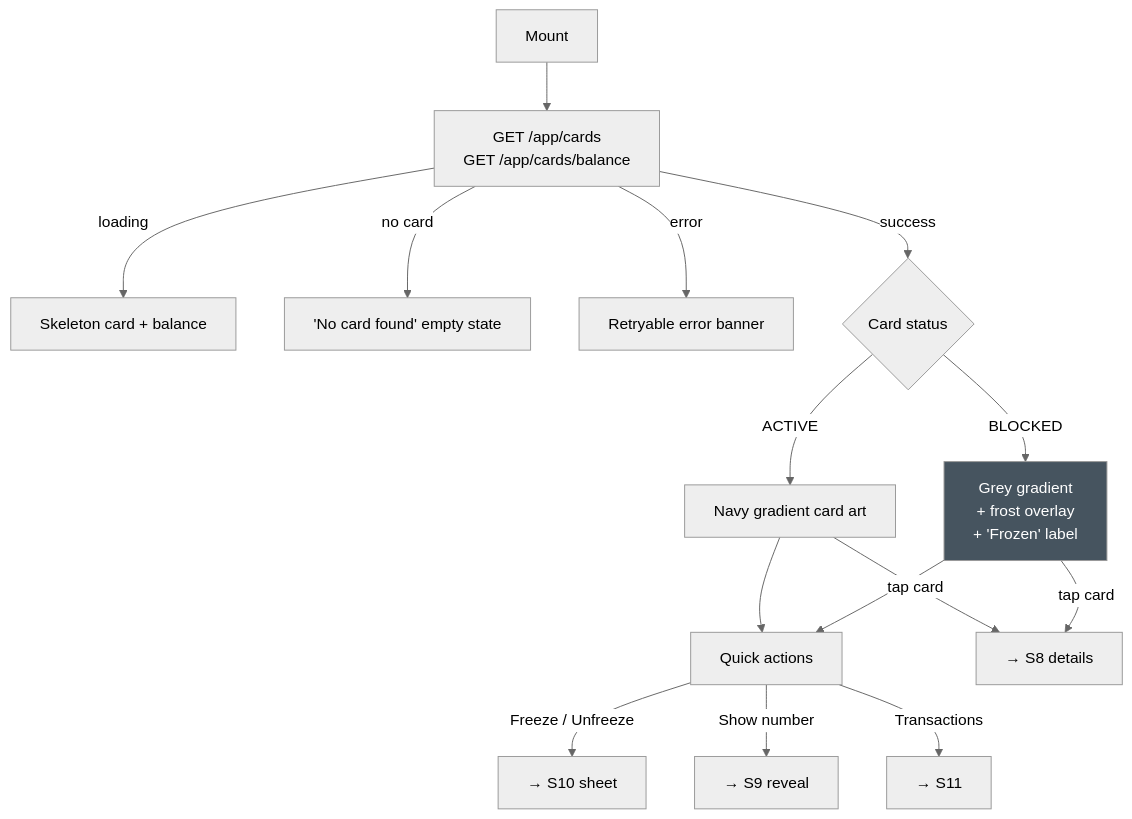
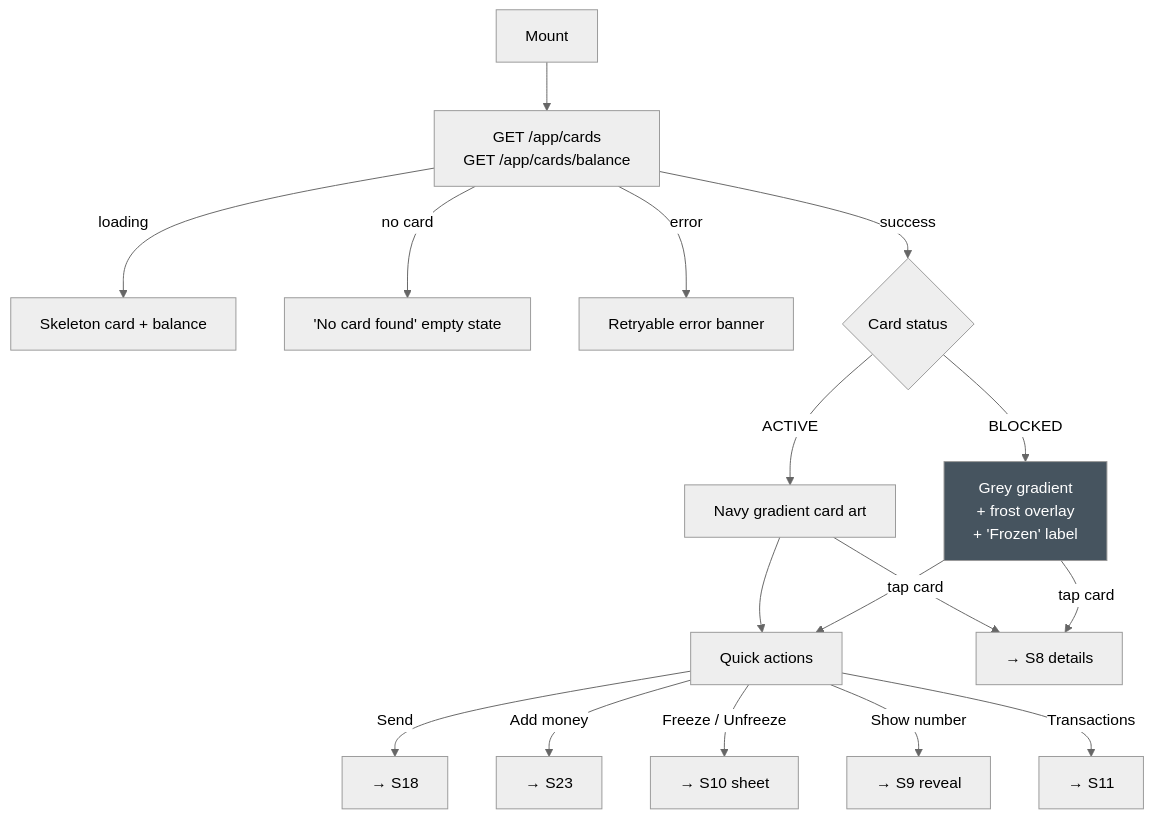
The eighth of 21 diagrams in docs/card-app-complete-spec.md (yr08ii/card-management-app), drawn with Mermaid (neutral theme) before and after one commit. The commit also changed other lines of this file, not shown here.

First line of the commit message:
docs: add money movement to the plan (S17-S24)

````diff
--- a/docs/card-app-complete-spec.md
+++ b/docs/card-app-complete-spec.md
@@ -335,19 +365,21 @@
 ```mermaid
 flowchart TD
     A["Mount"] --> B["GET /app/cards<br/>GET /app/cards/balance"]
     B -->|loading| C["Skeleton card + balance"]
     B -->|"no card"| D["'No card found' empty state"]
     B -->|error| E["Retryable error banner"]
     B -->|success| F{Card status}
     F -->|ACTIVE| G["Navy gradient card art"]
     F -->|BLOCKED| H["Grey gradient<br/>+ frost overlay<br/>+ 'Frozen' label"]
     G --> I["Quick actions"]
     H --> I
+    I -->|"Send"| N["→ S18"]
+    I -->|"Add money"| O["→ S23"]
     I -->|"Freeze / Unfreeze"| J["→ S10 sheet"]
     I -->|"Show number"| K["→ S9 reveal"]
     I -->|"Transactions"| L["→ S11"]
     G -->|tap card| M["→ S8 details"]
     H -->|tap card| M
 
     style H fill:#46545F,color:#fff
 ```
````
